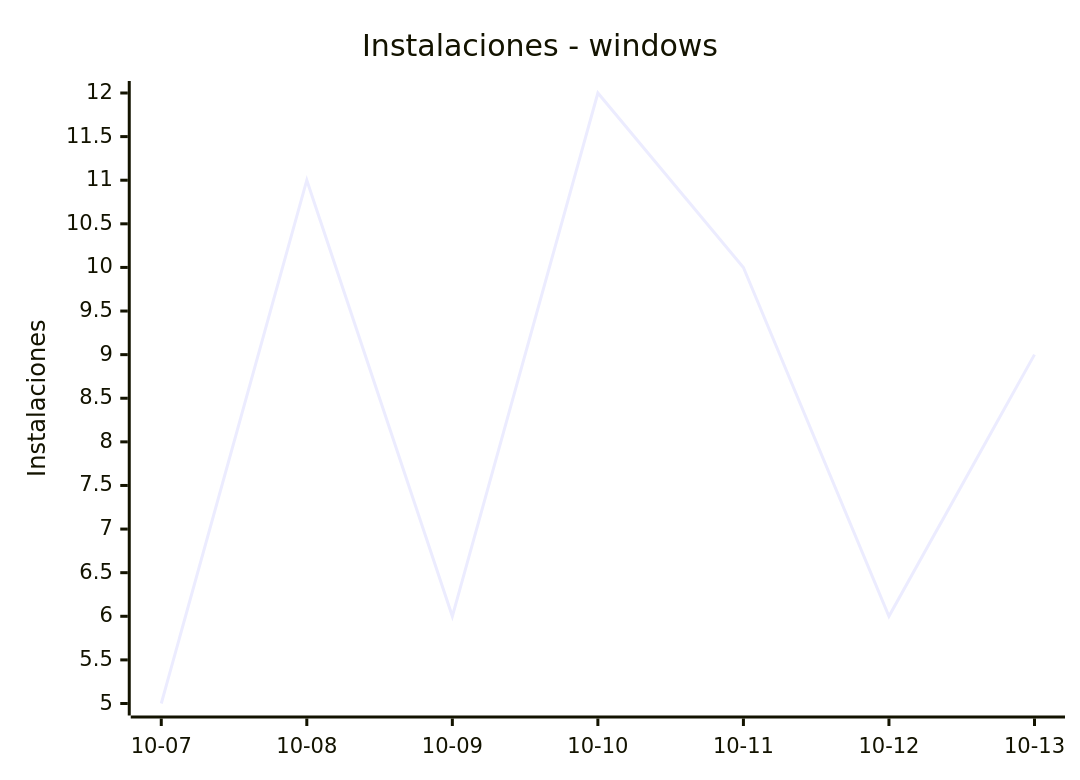
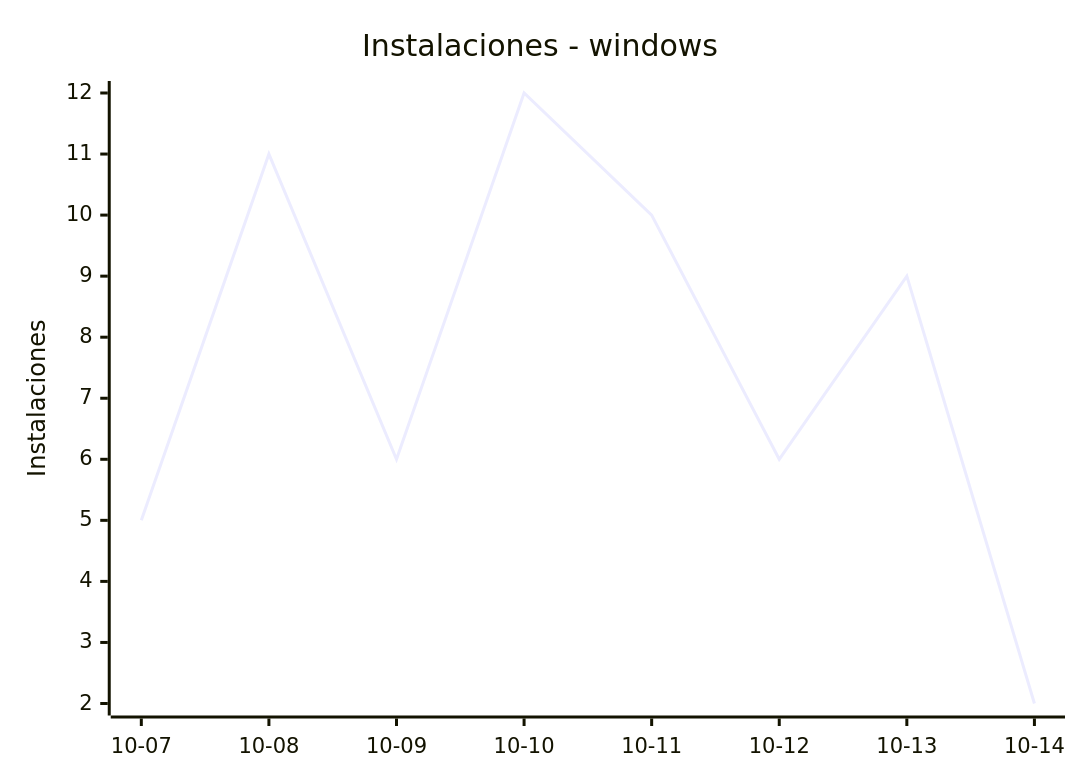
The sixth of 8 diagrams in README.md (EmuDeck/stats), drawn with Mermaid before and after one commit. The commit also changed other lines of this file and 2 other files, not shown here.

````diff
--- a/README.md
+++ b/README.md
@@ -68,7 +68,7 @@
 ```mermaid
 xychart-beta
     title "Instalaciones - windows"
-    x-axis ["10-07", "10-08", "10-09", "10-10", "10-11", "10-12", "10-13"]
+    x-axis ["10-07", "10-08", "10-09", "10-10", "10-11", "10-12", "10-13", "10-14"]
     y-axis "Instalaciones"
-    line [5, 11, 6, 12, 10, 6, 9]
+    line [5, 11, 6, 12, 10, 6, 9, 2]
 ```
````
